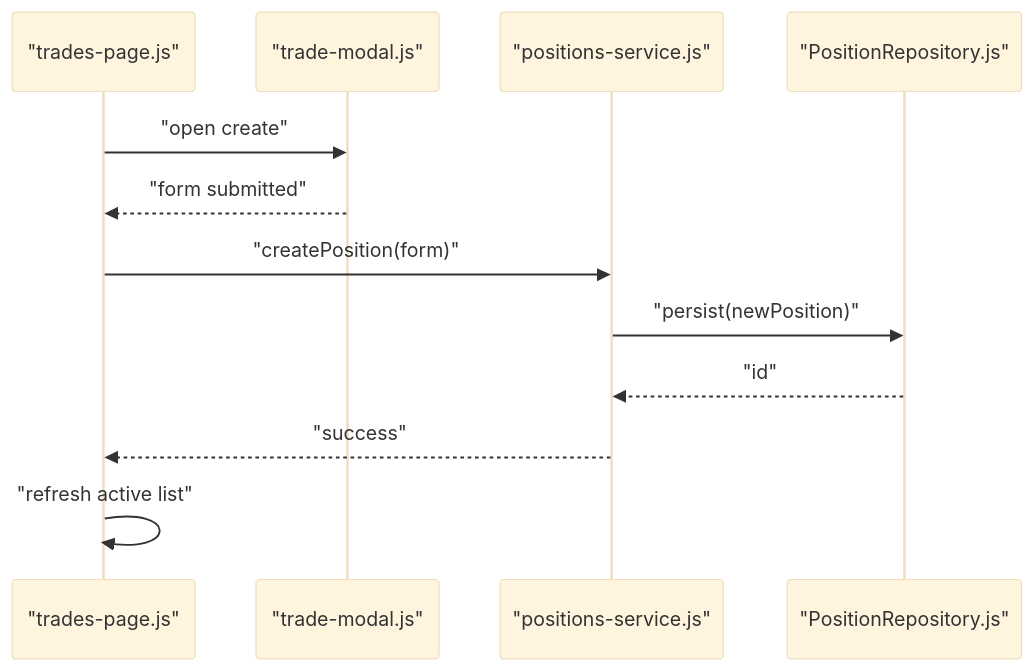
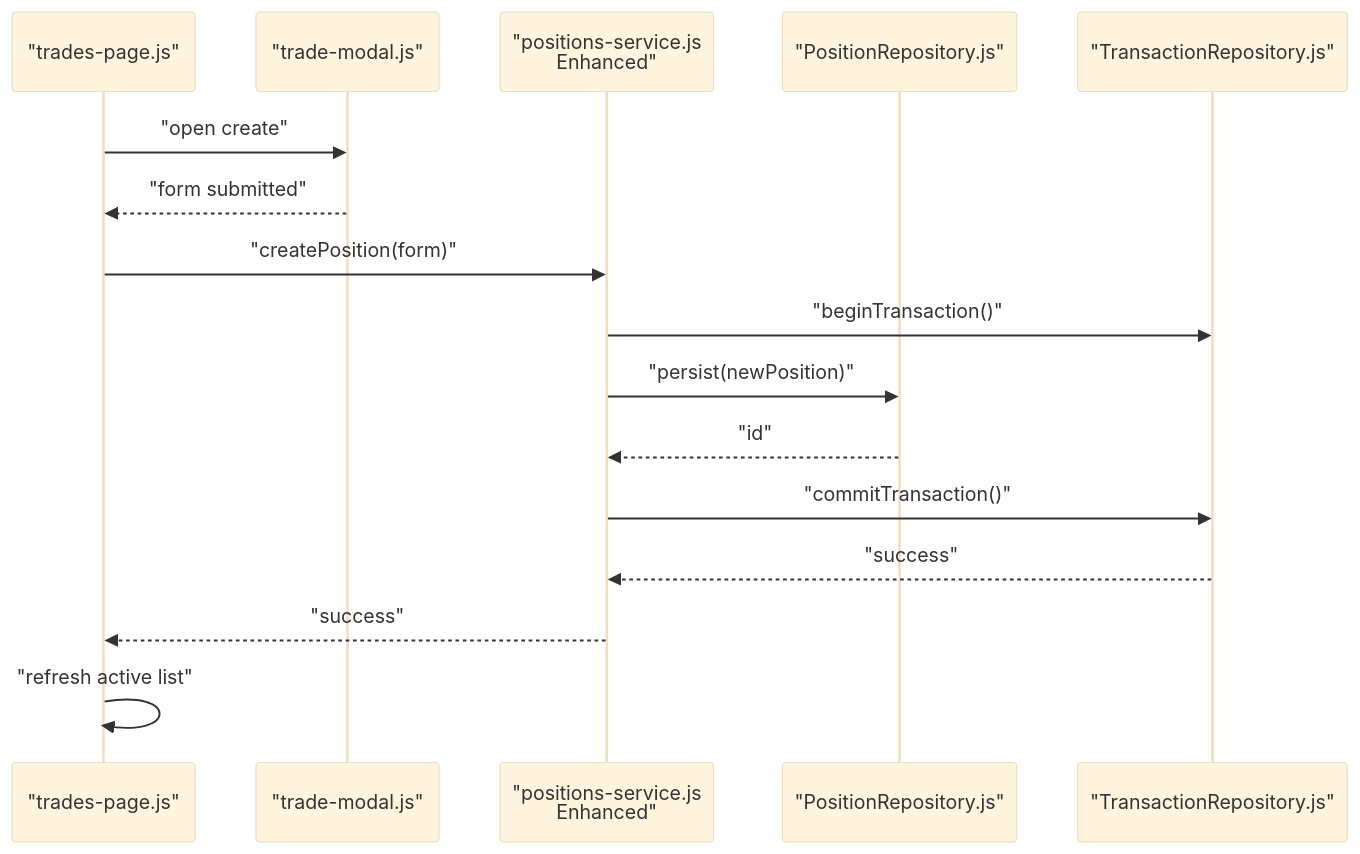
Before and after one commit to iliyas77/MTF-monitor: the eighth of 12 diagrams in .qoder/repowiki/en/content/Core Features/Positions Tracking/Positions Tracking.md, drawn with Mermaid (base theme). The commit also changed other lines of this file and 46 other files, not shown here.

````diff
--- a/.qoder/repowiki/en/content/Core Features/Positions Tracking/Positions Tracking.md
+++ b/.qoder/repowiki/en/content/Core Features/Positions Tracking/Positions Tracking.md
@@ -376,14 +437,18 @@
 ```mermaid
 sequenceDiagram
 participant UI as "trades-page.js"
 participant Modal as "trade-modal.js"
-participant Service as "positions-service.js"
+participant Service as "positions-service.js<br/>Enhanced"
 participant Repo as "PositionRepository.js"
+participant TxRepo as "TransactionRepository.js"
 UI->>Modal : "open create"
 Modal-->>UI : "form submitted"
 UI->>Service : "createPosition(form)"
+Service->>TxRepo : "beginTransaction()"
 Service->>Repo : "persist(newPosition)"
 Repo-->>Service : "id"
+Service->>TxRepo : "commitTransaction()"
+TxRepo-->>Service : "success"
 Service-->>UI : "success"
 UI->>UI : "refresh active list"
 ```
````
